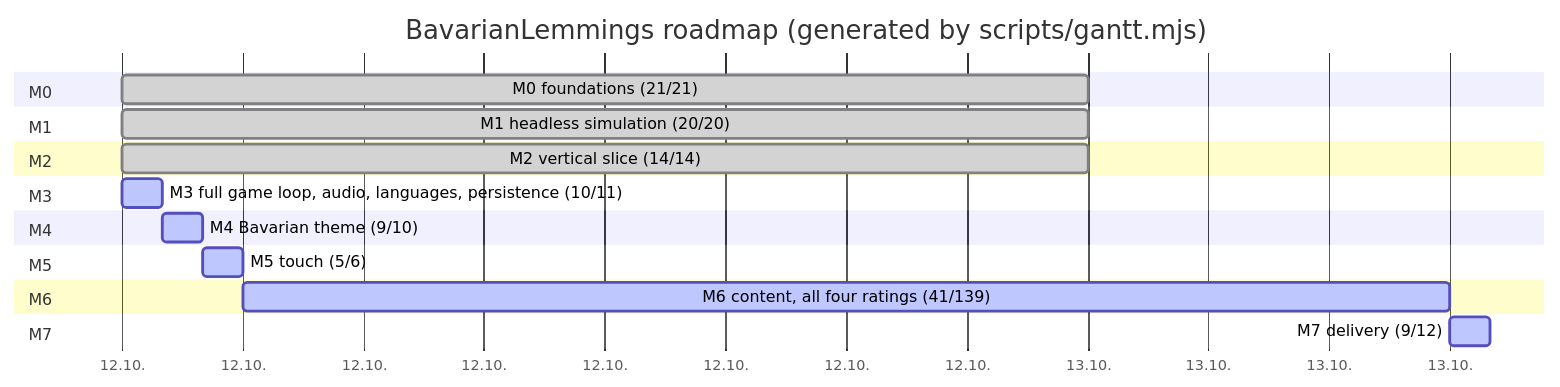
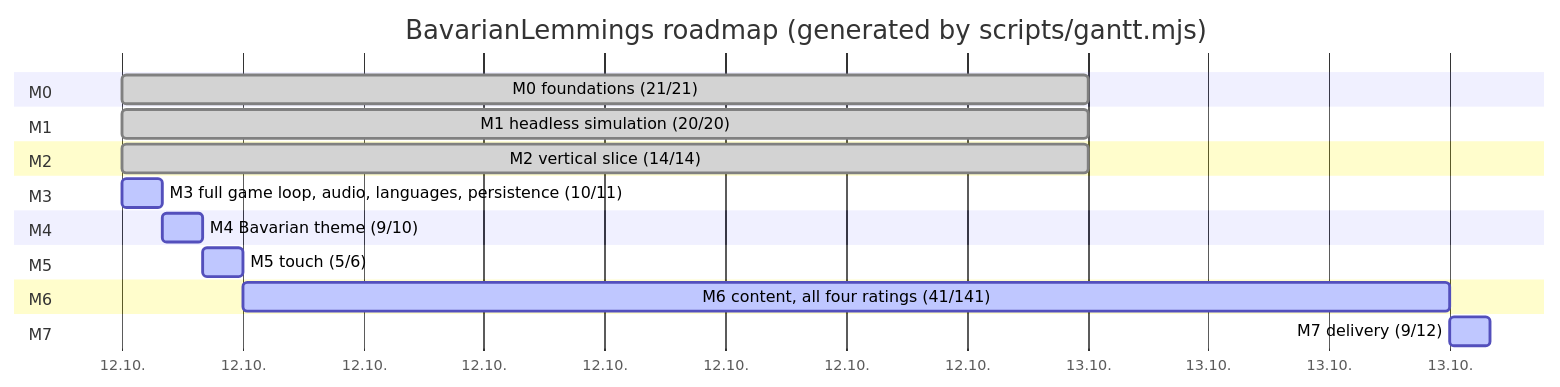
One commit to marcelpetrick/BavarianLemmings changed the diagram in plan.md. Above: the diagram before and after it, drawn with Mermaid. The commit also changed other lines of this file and 11 other files, not shown here.

````diff
--- a/plan.md
+++ b/plan.md
@@ -43,22 +43,22 @@
 ```mermaid
 gantt
     title BavarianLemmings roadmap (generated by scripts/gantt.mjs)
     dateFormat  YYYY-MM-DD
     axisFormat  %d.%m.
     section M0
     M0 foundations (21/21) :done, m0, 2026-10-12, 1d
     section M1
     M1 headless simulation (20/20) :done, m1, 2026-10-12, 1d
     section M2
     M2 vertical slice (14/14) :done, m2, 2026-10-12, 1d
     section M3
     M3 full game loop, audio, languages, persistence (10/11) :active, m3, 2026-10-12, 1h
     section M4
     M4 Bavarian theme (9/10) :active, m4, after m3, 1h
     section M5
     M5 touch (5/6) :active, m5, after m4, 1h
     section M6
-    M6 content, all four ratings (41/139) :active, m6, after m5, 30h
+    M6 content, all four ratings (41/141) :active, m6, after m5, 30h
     section M7
     M7 delivery (9/12) :active, m7, after m6, 1h
 ```
````
